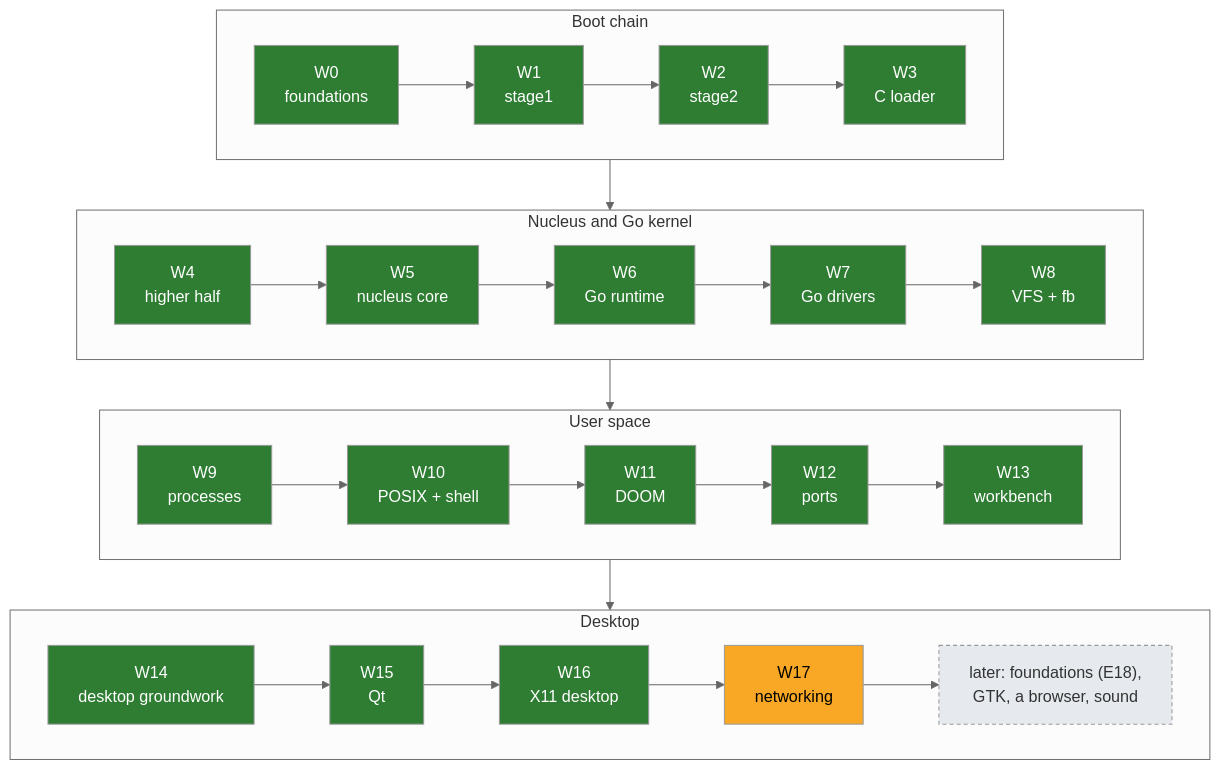
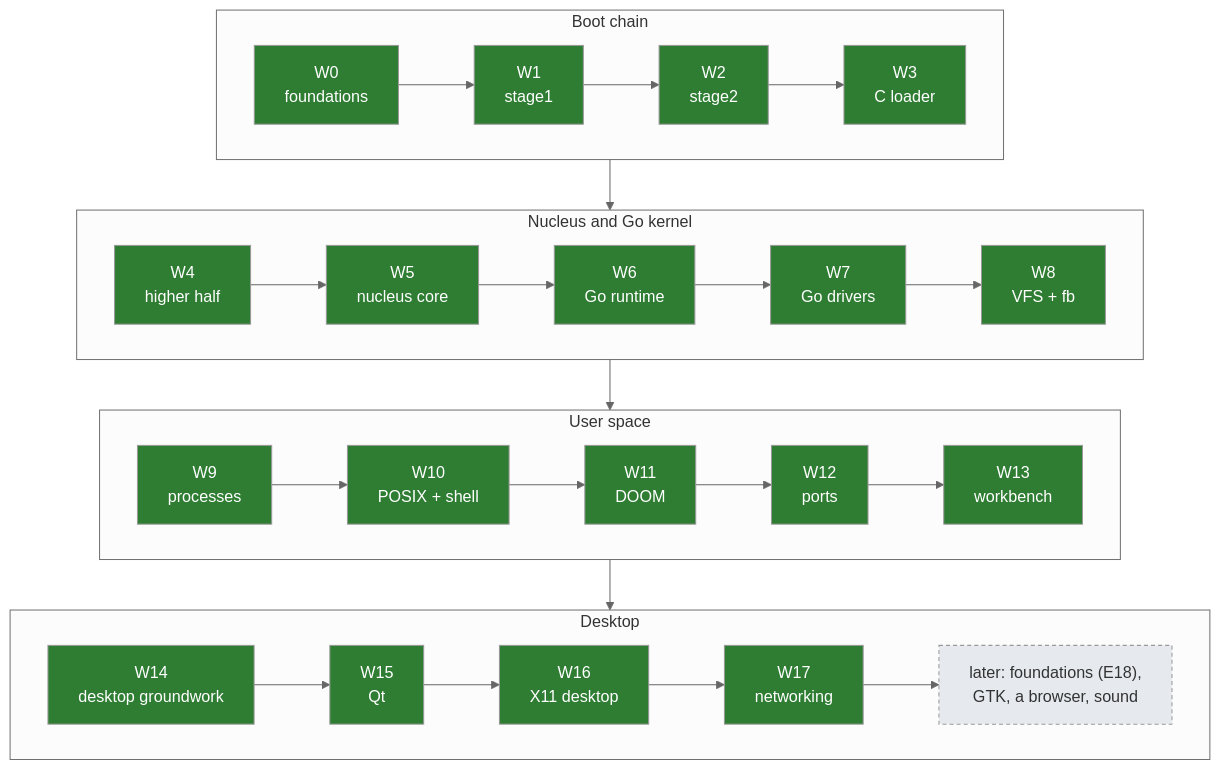
One commit to decagondev/burrow changed the diagram in docs/04-plan/ROADMAP.md. Above: the diagram before and after it, drawn with Mermaid (neutral theme). The commit also changed other lines of this file and 27 other files, not shown here.

````diff
--- a/docs/04-plan/ROADMAP.md
+++ b/docs/04-plan/ROADMAP.md
@@ -26,26 +26,25 @@
 ```mermaid
 flowchart TB
     subgraph boot["Boot chain"]
         direction LR
         W0["W0<br/>foundations"] --> W1["W1<br/>stage1"] --> W2["W2<br/>stage2"] --> W3["W3<br/>C loader"]
     end
     subgraph core["Nucleus and Go kernel"]
         direction LR
         W4["W4<br/>higher half"] --> W5["W5<br/>nucleus core"] --> W6["W6<br/>Go runtime"] --> W7["W7<br/>Go drivers"] --> W8["W8<br/>VFS + fb"]
     end
     subgraph unix["User space"]
         direction LR
         W9["W9<br/>processes"] --> W10["W10<br/>POSIX + shell"] --> W11["W11<br/>DOOM"] --> W12["W12<br/>ports"] --> W13["W13<br/>workbench"]
     end
     subgraph desk["Desktop"]
         direction LR
         W14["W14<br/>desktop groundwork"] --> W15["W15<br/>Qt"] --> W16["W16<br/>X11 desktop"] --> W17["W17<br/>networking"] --> X["later: foundations (E18),<br/>GTK, a browser, sound"]
     end
     boot --> core --> unix --> desk
     classDef done fill:#2e7d32,color:#fff;
     classDef next fill:#f9a825,color:#000;
     classDef later fill:#e6eaee,color:#333,stroke-dasharray: 4 3;
-    class W0,W1,W2,W3,W4,W5,W6,W7,W8,W9,W10,W11,W12,W13,W14,W15,W16 done;
-    class W17 next;
+    class W0,W1,W2,W3,W4,W5,W6,W7,W8,W9,W10,W11,W12,W13,W14,W15,W16,W17 done;
     class X later;
 ```
````
